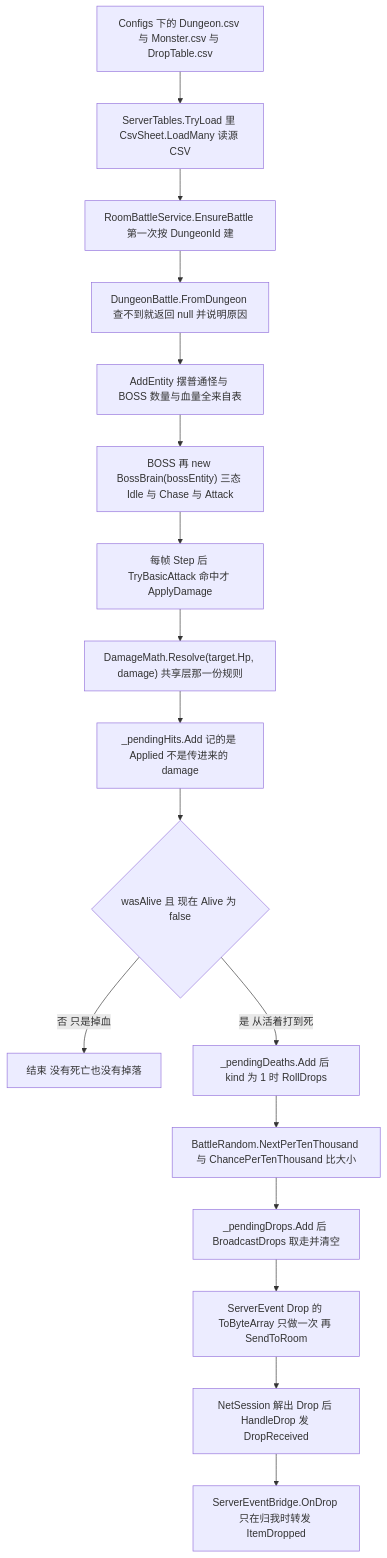
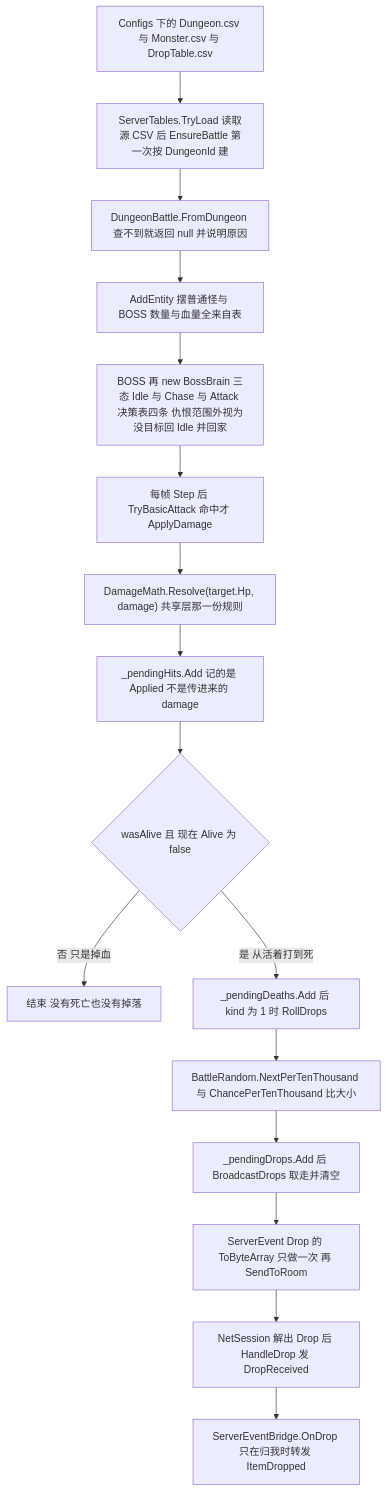
The second of 2 diagrams in Docs/教学/M3-C-副本与掉落.md (FridayNoob/NBC-3D-Networked-Battle), drawn with Mermaid before and after one commit. The commit also changed other lines of this file and 7 other files, not shown here.

````diff
--- a/Docs/教学/M3-C-副本与掉落.md
+++ b/Docs/教学/M3-C-副本与掉落.md
@@ -267,19 +272,18 @@
 ```mermaid
 flowchart TD
-    A["Configs 下的 Dungeon.csv 与 Monster.csv 与 DropTable.csv"] --> B["ServerTables.TryLoad 里 CsvSheet.LoadMany 读源 CSV"]
-    B --> D["RoomBattleService.EnsureBattle 第一次按 DungeonId 建"]
+    A["Configs 下的 Dungeon.csv 与 Monster.csv 与 DropTable.csv"] --> D["ServerTables.TryLoad 读取源 CSV 后 EnsureBattle 第一次按 DungeonId 建"]
     D --> E["DungeonBattle.FromDungeon 查不到就返回 null 并说明原因"]
     E --> F["AddEntity 摆普通怪与 BOSS 数量与血量全来自表"]
-    F --> G["BOSS 再 new BossBrain(bossEntity) 三态 Idle 与 Chase 与 Attack"]
+    F --> G["BOSS 再 new BossBrain 三态 Idle 与 Chase 与 Attack 决策表四条 仇恨范围外视为没目标回 Idle 并回家"]
     G --> H["每帧 Step 后 TryBasicAttack 命中才 ApplyDamage"]
     H --> I["DamageMath.Resolve(target.Hp, damage) 共享层那一份规则"]
     I --> K["_pendingHits.Add 记的是 Applied 不是传进来的 damage"]
     K --> L{"wasAlive 且 现在 Alive 为 false"}
     L -->|"否 只是掉血"| M["结束 没有死亡也没有掉落"]
     L -->|"是 从活着打到死"| N["_pendingDeaths.Add 后 kind 为 1 时 RollDrops"]
     N --> O["BattleRandom.NextPerTenThousand 与 ChancePerTenThousand 比大小"]
     O --> P["_pendingDrops.Add 后 BroadcastDrops 取走并清空"]
     P --> Q["ServerEvent Drop 的 ToByteArray 只做一次 再 SendToRoom"]
     Q --> R["NetSession 解出 Drop 后 HandleDrop 发 DropReceived"]
     R --> S["ServerEventBridge.OnDrop 只在归我时转发 ItemDropped"]
 ```
````
